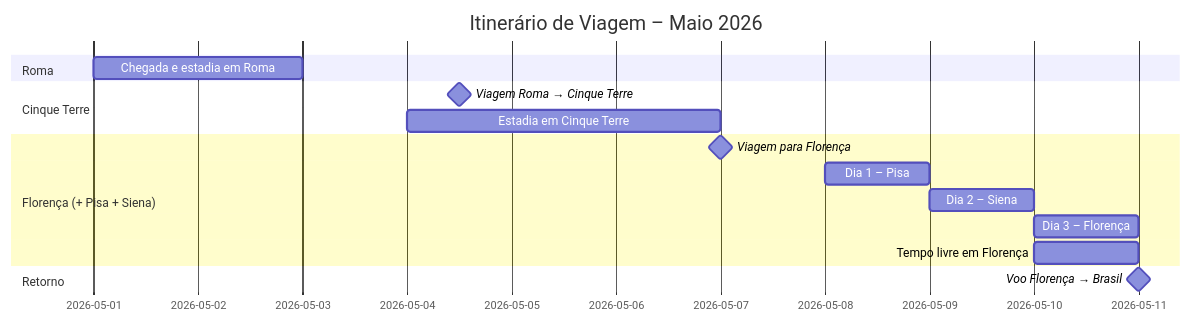
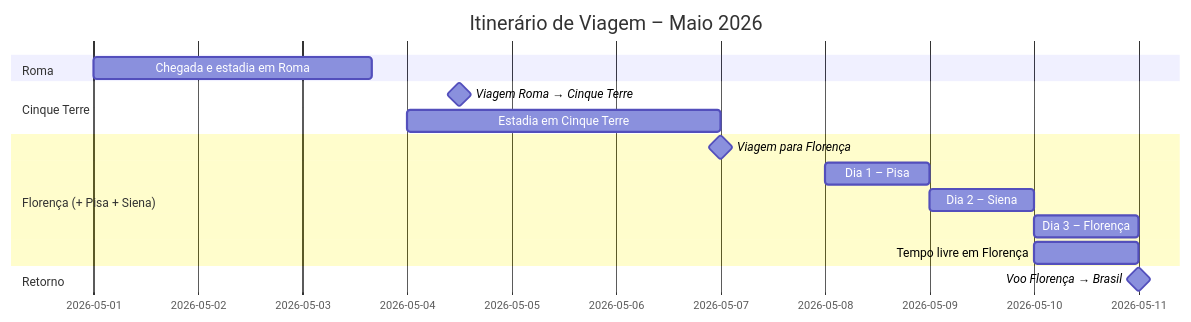
Before and after one commit to paulovcastagnari/planejamento-viagem-2026: the first of 2 diagrams in README.md, drawn with Mermaid.

````diff
--- a/README.md
+++ b/README.md
@@ -21,22 +21,22 @@
 ```mermaid
 gantt
     dateFormat  YYYY-MM-DD
     title Itinerário de Viagem – Maio 2026
 
     section Roma
-    Chegada e estadia em Roma     :2026-05-01, 2.25d
+    Chegada e estadia em Roma     :2026-05-01, 64h
 
     section Cinque Terre
     Viagem Roma → Cinque Terre   :milestone, ct_arrive, 2026-05-04, 0.5d
     Estadia em Cinque Terre      :2026-05-04, 2.5d
 
     section Florença (+ Pisa + Siena)
     Viagem para Florença         :milestone, fl_arrive, 2026-05-07, 0d
     Dia 1 – Pisa                 :2026-05-08, 1d
     Dia 2 – Siena                :2026-05-09, 1d
     Dia 3 – Florença             :2026-05-10, 1d
     Tempo livre em Florença      :2026-05-10, 1d
 
     section Retorno
     Voo Florença → Brasil        :milestone, return_bra, 2026-05-11, 0d
 ```
````
